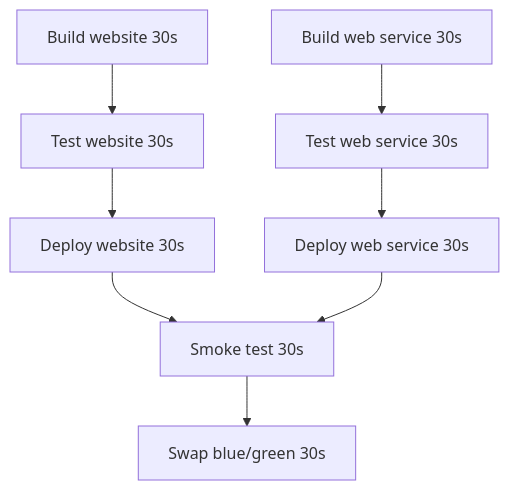
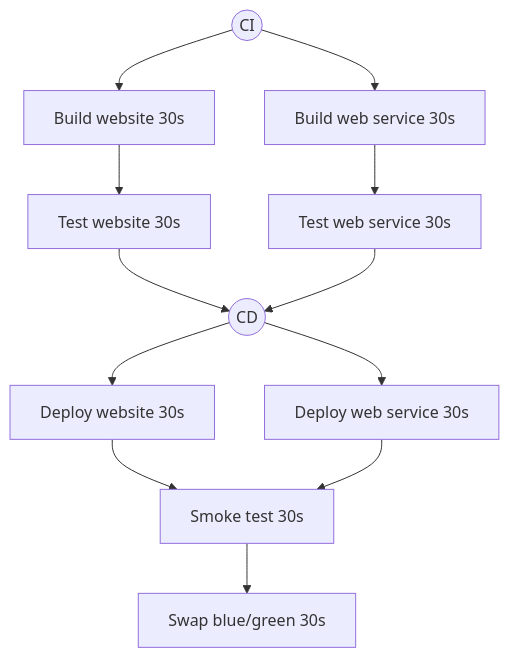
One commit to samsmithnz/ParallelPipelinesDemo changed the second of 2 diagrams in README.md. Above: the diagram before and after it, drawn with Mermaid.

````diff
--- a/README.md
+++ b/README.md
@@ -12,6 +12,6 @@
 ```mermaid
   graph TD;
-      buildweb[Build website 30s]-->testWebsite[Test website 30s]-->deployWebsite[Deploy website 30s]-->smoke[Smoke test 30s];
-      buildwebservice[Build web service 30s]-->testsWebservice[Test web service 30s]-->deployWebService[Deploy web service 30s]-->smoke[Smoke test 30s];
+      ci((CI))-->buildweb[Build website 30s]-->testWebsite[Test website 30s]-->cd((CD))-->deployWebsite[Deploy website 30s]-->smoke[Smoke test 30s];
+      ci((CI))-->buildwebservice[Build web service 30s]-->testsWebservice[Test web service 30s]-->cd((CD))-->deployWebService[Deploy web service 30s]-->smoke[Smoke test 30s];
       smoke[Smoke test 30s]-->swap[Swap blue/green 30s];
 ```
````
